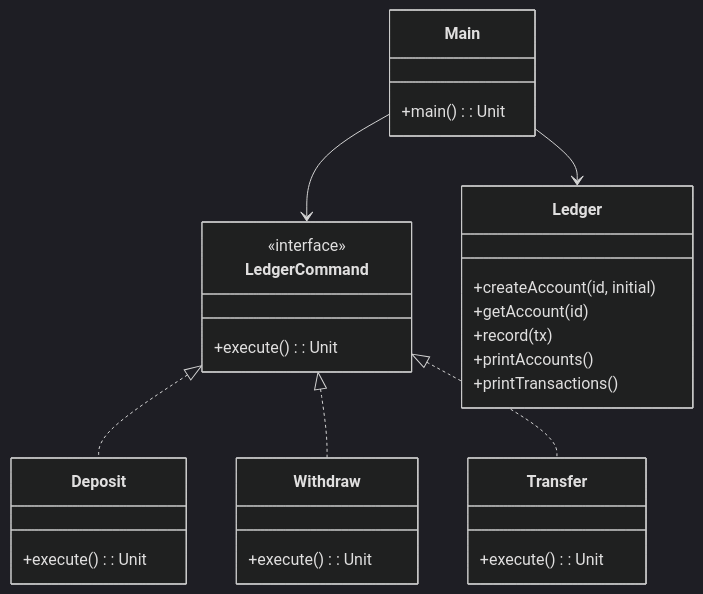
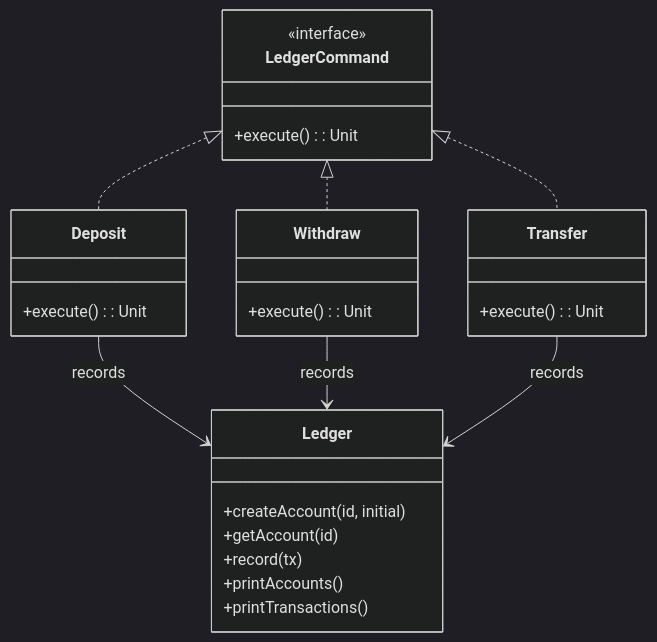
Before and after one commit to rbleggi/tech-pocs: the diagram in kotlin/core-bank-ledger/README.md, drawn with Mermaid (dark theme). The commit also changed other lines of this file, not shown here.

Commit message:
refactor kotlin core-bank-ledger implementation

````diff
--- a/kotlin/core-bank-ledger/README.md
+++ b/kotlin/core-bank-ledger/README.md
@@ -19,37 +20,36 @@
 ```mermaid
 classDiagram
     direction TB
 
     class LedgerCommand {
         <<interface>>
         +execute(): Unit
     }
 
     class Deposit {
         +execute(): Unit
     }
+
     class Withdraw {
         +execute(): Unit
     }
+
     class Transfer {
         +execute(): Unit
     }
 
     class Ledger {
         +createAccount(id, initial)
         +getAccount(id)
         +record(tx)
         +printAccounts()
         +printTransactions()
     }
 
-    class Main {
-        +main(): Unit
-    }
-
     LedgerCommand <|.. Deposit
     LedgerCommand <|.. Withdraw
     LedgerCommand <|.. Transfer
-    Main --> Ledger
-    Main --> LedgerCommand
+    Deposit --> Ledger: records
+    Withdraw --> Ledger: records
+    Transfer --> Ledger: records
 ```
````
